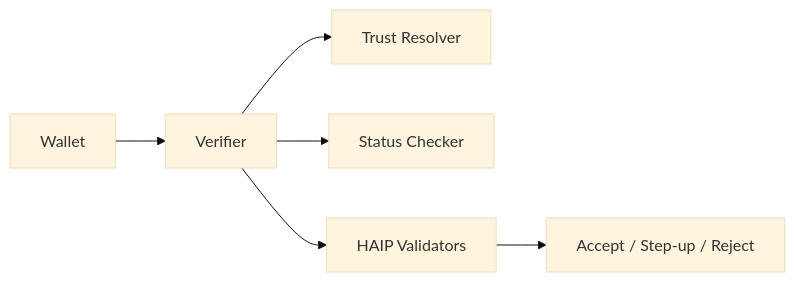
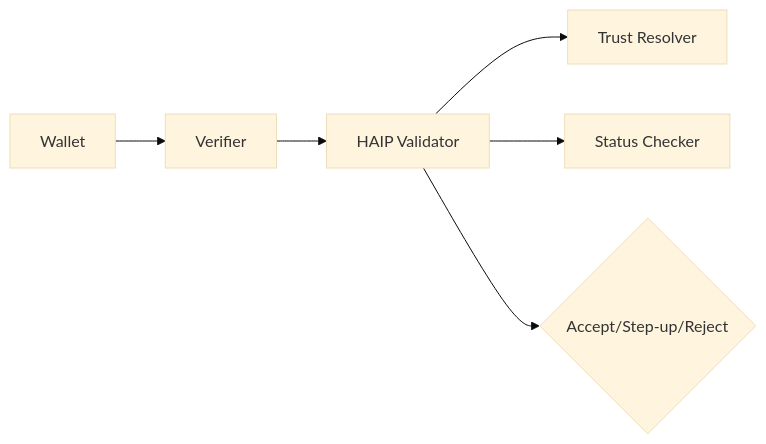
The fifth of 5 diagrams in docs/concepts/architecture.md (openwallet-foundation-labs/sd-jwt-dotnet), drawn with Mermaid (base theme) before and after one commit. The commit also changed other lines of this file and 163 other files, not shown here.

````diff
--- a/docs/concepts/architecture.md
+++ b/docs/concepts/architecture.md
@@ -525,8 +284,8 @@
 ```mermaid
 flowchart LR
-  Wallet --> Verifier
-  Verifier --> Trust[Trust Resolver]
-  Verifier --> Status[Status Checker]
-  Verifier --> HAIP[HAIP Validators]
-  HAIP --> Decision[Accept / Step-up / Reject]
+    Wallet --> Verifier
+    Verifier --> HAIP[HAIP Validator]
+    HAIP --> Trust[Trust Resolver]
+    HAIP --> Status[Status Checker]
+    HAIP --> Decision{Accept/Step-up/Reject}
 ```
````
